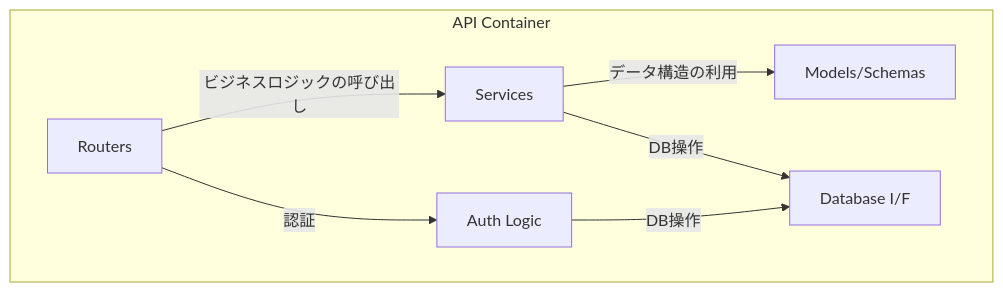
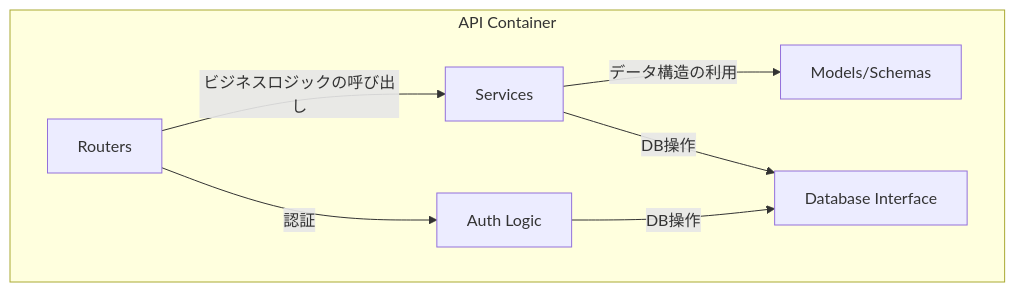
One commit to vdslab/LLMGraphvis changed the third of 5 diagrams in specification/architecture.md. Above: the diagram before and after it, drawn with Mermaid. The commit also changed other lines of this file and 4 other files, not shown here.

````diff
--- a/specification/architecture.md
+++ b/specification/architecture.md
@@ -69,16 +69,16 @@
 ```mermaid
 graph TD
     subgraph "API Container"
         R[Routers]
         S[Services]
         M[Models/Schemas]
-        D[Database I/F]
+        DI[Database Interface]
         AUTH[Auth Logic]
     end
 
     R -- "ビジネスロジックの呼び出し" --> S
     S -- "データ構造の利用" --> M
-    S -- "DB操作" --> D
+    S -- "DB操作" --> DI
     R -- "認証" --> AUTH
-    AUTH -- "DB操作" --> D
+    AUTH -- "DB操作" --> DI
 ```
````
